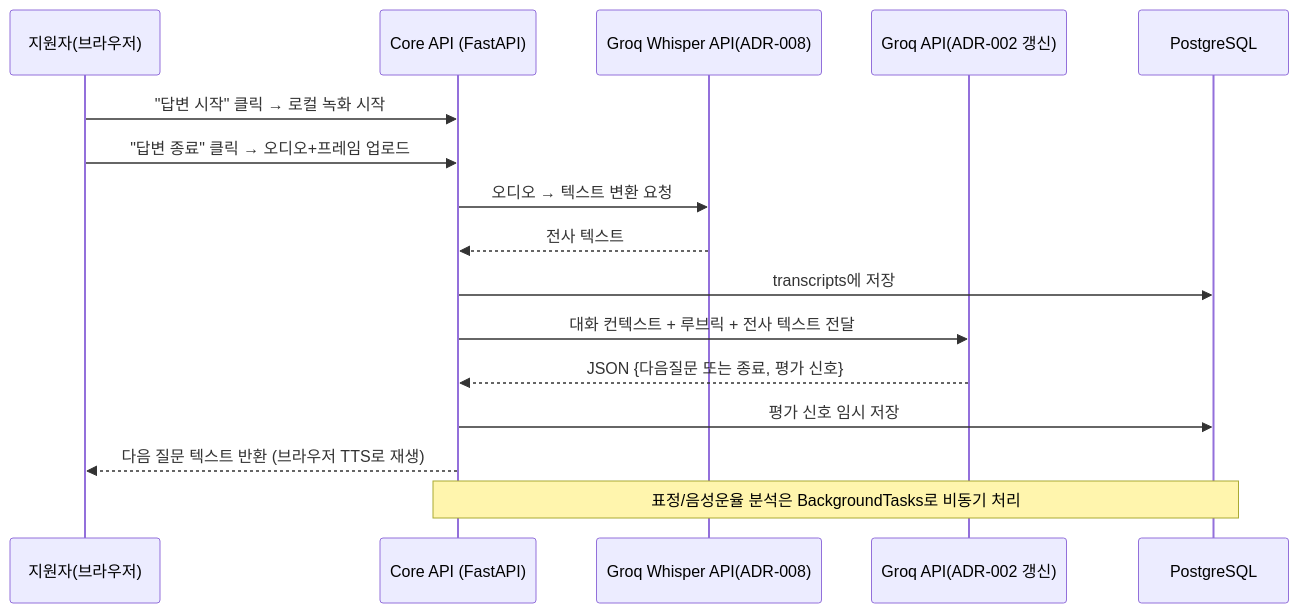
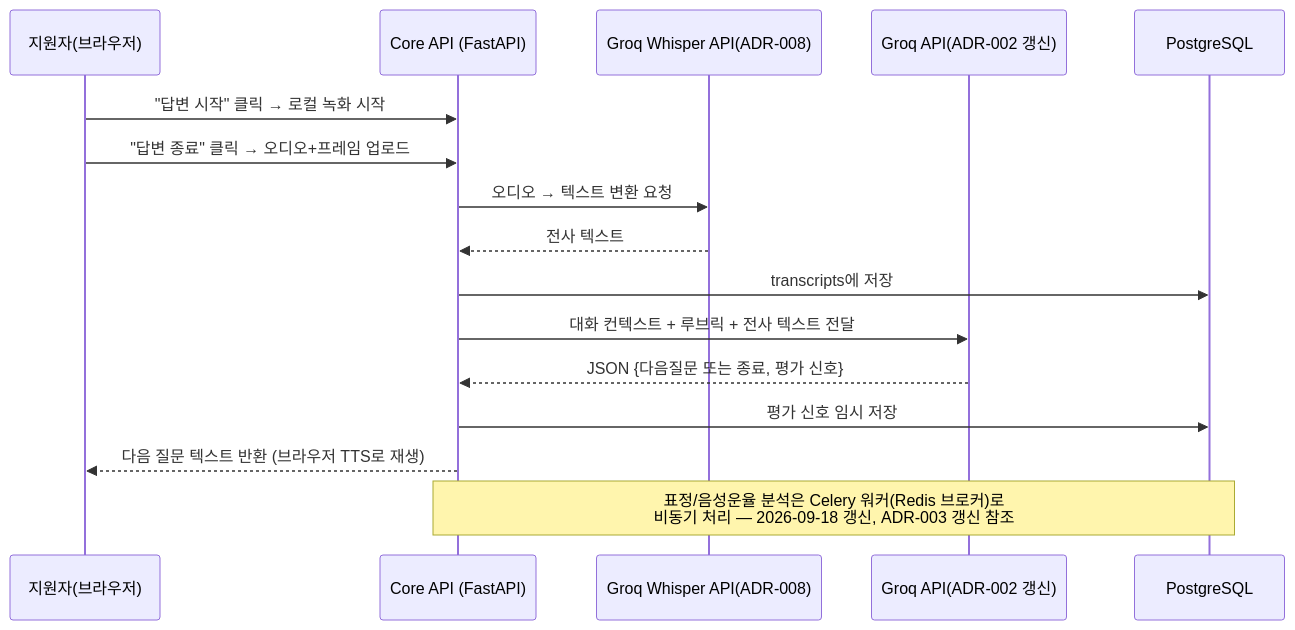
The second of 2 diagrams in docs/trd/aimock_master_trd.md (jcs19752510-ui/final-project), drawn with Mermaid before and after one commit. The commit also changed other lines of this file and 69 other files, not shown here.

````diff
--- a/docs/trd/aimock_master_trd.md
+++ b/docs/trd/aimock_master_trd.md
@@ -72,19 +74,19 @@
 ```mermaid
 sequenceDiagram
     participant U as 지원자(브라우저)
     participant API as Core API (FastAPI)
     participant STT as Groq Whisper API(ADR-008)
     participant LLM as Groq API(ADR-002 갱신)
     participant DB as PostgreSQL
 
     U->>API: "답변 시작" 클릭 → 로컬 녹화 시작
     U->>API: "답변 종료" 클릭 → 오디오+프레임 업로드
     API->>STT: 오디오 → 텍스트 변환 요청
     STT-->>API: 전사 텍스트
     API->>DB: transcripts에 저장
     API->>LLM: 대화 컨텍스트 + 루브릭 + 전사 텍스트 전달
     LLM-->>API: JSON {다음질문 또는 종료, 평가 신호}
     API->>DB: 평가 신호 임시 저장
     API-->>U: 다음 질문 텍스트 반환 (브라우저 TTS로 재생)
-    Note over API,DB: 표정/음성운율 분석은 BackgroundTasks로 비동기 처리
+    Note over API,DB: 표정/음성운율 분석은 Celery 워커(Redis 브로커)로<br/>비동기 처리 — 2026-09-18 갱신, ADR-003 갱신 참조
 ```
````
